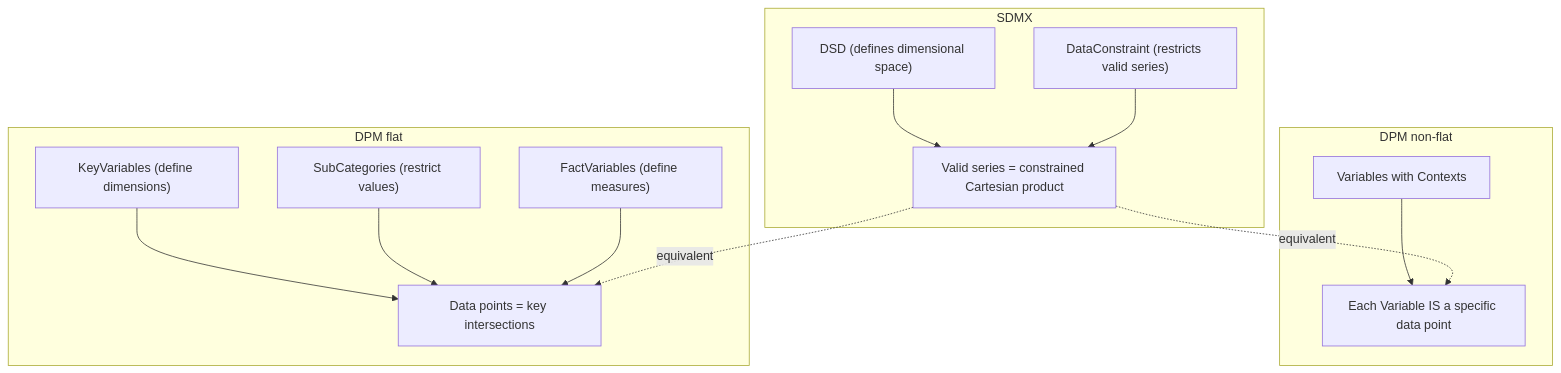
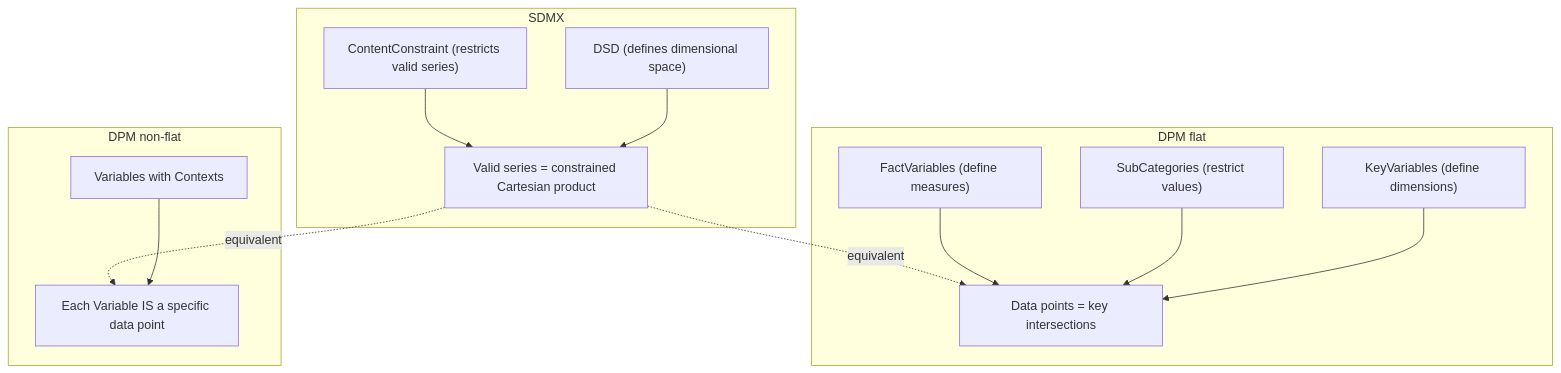
Before and after one commit to sdmx-twg/wp-sdmx-dpm: the fourth of 5 diagrams in docs/models-relationships/02_data_definition/03_detailed_mapping_rules.md, drawn with Mermaid. The commit also changed other lines of this file, not shown here.

````diff
--- a/docs/models-relationships/02_data_definition/03_detailed_mapping_rules.md
+++ b/docs/models-relationships/02_data_definition/03_detailed_mapping_rules.md
@@ -400,25 +920,25 @@
 ```mermaid
 flowchart TB
     subgraph SDMX
         DSD2["DSD (defines dimensional space)"]
-        DC["DataConstraint (restricts valid series)"]
+        DC["ContentConstraint (restricts valid series)"]
         S["Valid series = constrained Cartesian product"]
         DSD2 --> S
         DC --> S
-    end
-    subgraph "DPM non-flat"
-        V["Variables with Contexts"]
-        V2["Each Variable IS a specific data point"]
-        V --> V2
     end
     subgraph "DPM flat"
         KV["KeyVariables (define dimensions)"]
         SC["SubCategories (restrict values)"]
         FV["FactVariables (define measures)"]
         KV --> DP["Data points = key intersections"]
         SC --> DP
         FV --> DP
     end
+    subgraph "DPM non-flat"
+        V["Variables with Contexts"]
+        V2["Each Variable IS a specific data point"]
+        V --> V2
+    end
+    S -.->|"equivalent"| DP
     S -.->|"equivalent"| V2
-    S -.->|"equivalent"| DP
 ```
````
